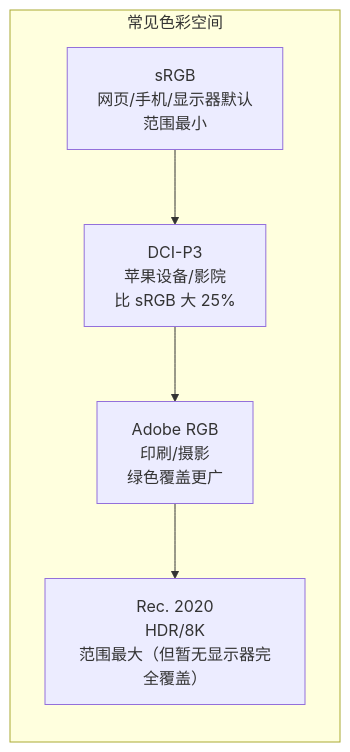
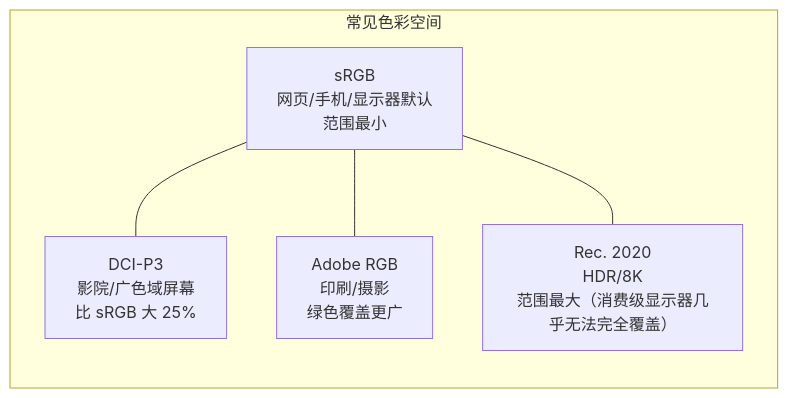
Before and after one commit to PurslaneMa/PurslaneMa.github.io: the diagram in 03-计算机系统/39-图像图形与显示基础.md, drawn with Mermaid. The commit also changed other lines of this file and 65 other files, not shown here.

````diff
--- a/03-计算机系统/39-图像图形与显示基础.md
+++ b/03-计算机系统/39-图像图形与显示基础.md
@@ -39,10 +39,12 @@
 ```mermaid
 graph LR
     subgraph "常见色彩空间"
         sRGB["sRGB<br/>网页/手机/显示器默认<br/>范围最小"]
-        DCI_P3["DCI-P3<br/>苹果设备/影院<br/>比 sRGB 大 25%"]
+        DCI_P3["DCI-P3<br/>影院/广色域屏幕<br/>比 sRGB 大 25%"]
         Adobe_RGB["Adobe RGB<br/>印刷/摄影<br/>绿色覆盖更广"]
-        Rec2020["Rec. 2020<br/>HDR/8K<br/>范围最大（但暂无显示器完全覆盖）"]
+        Rec2020["Rec. 2020<br/>HDR/8K<br/>范围最大（消费级显示器几乎无法完全覆盖）"]
     end
-    sRGB --> DCI_P3 --> Adobe_RGB --> Rec2020
+    sRGB --- DCI_P3
+    sRGB --- Adobe_RGB
+    sRGB --- Rec2020
 ```
````
